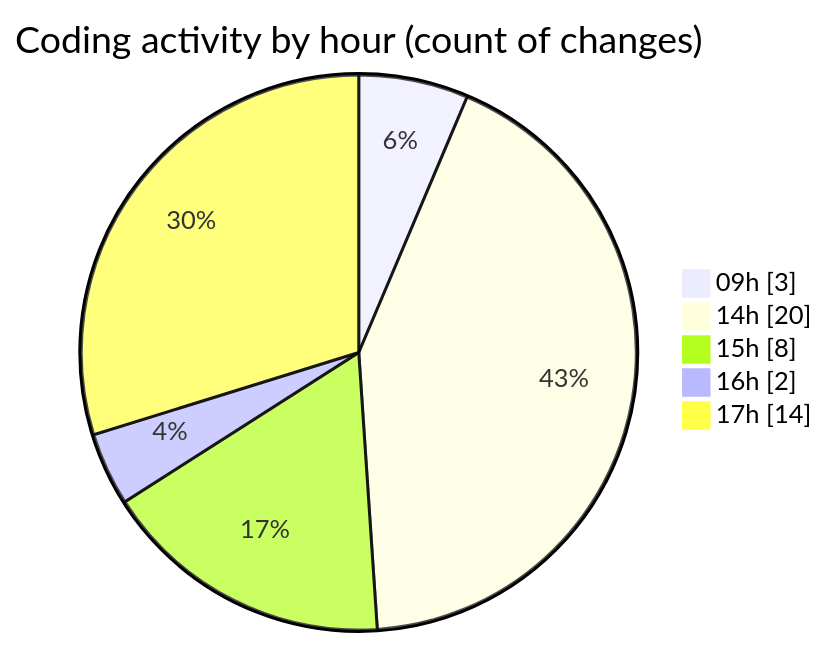
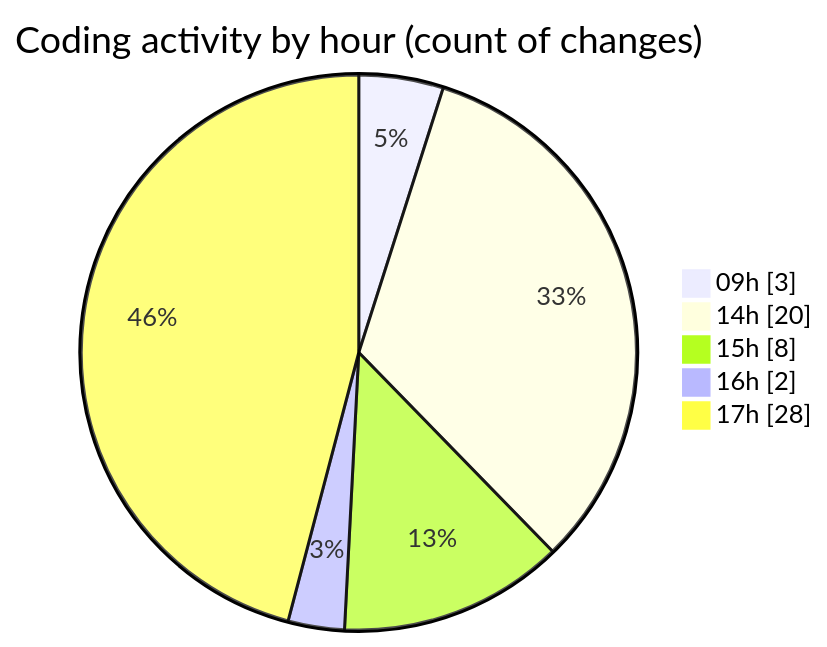
The second of 2 diagrams in 2025-10-14/eventscop-frontend-guide__workspace_/README.md (julien-gomy/code-tracking), drawn with Mermaid before and after one commit. The commit also changed other lines of this file and 1 other file, not shown here.

````diff
--- a/2025-10-14/eventscop-frontend-guide__workspace_/README.md
+++ b/2025-10-14/eventscop-frontend-guide__workspace_/README.md
@@ -44,9 +45,9 @@
 ```mermaid
 pie showData
 title Coding activity by hour (count of changes)
 "09h" : 3
 "14h" : 20
 "15h" : 8
 "16h" : 2
-"17h" : 14
+"17h" : 28
 ```
````
